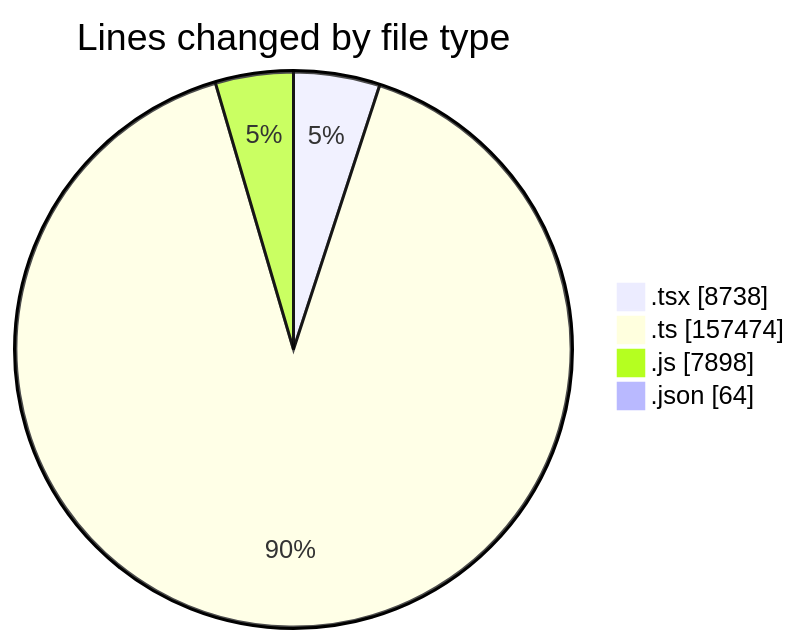
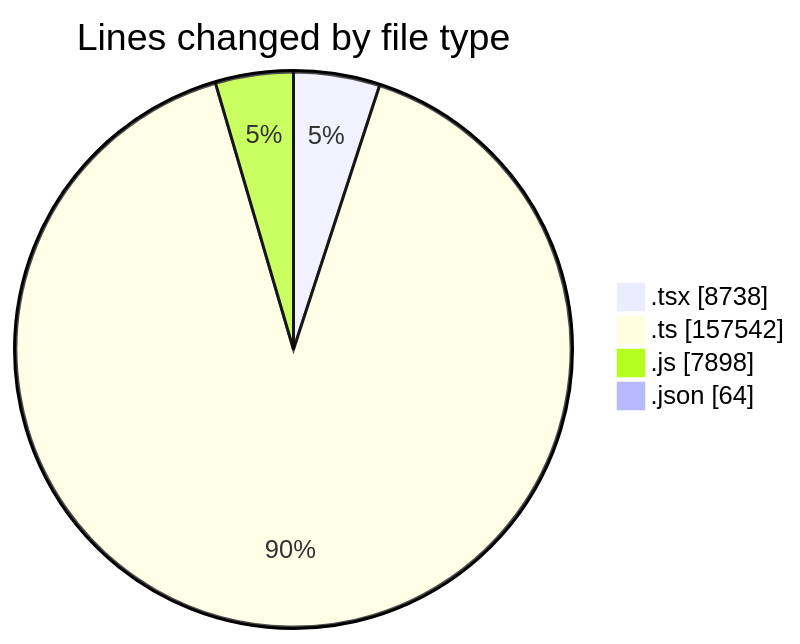
The first of 2 diagrams in 2026-07-30/cda/README.md (momahboobian/code-tracking), drawn with Mermaid before and after one commit. The commit also changed other lines of this file and 1 other file, not shown here.

````diff
--- a/2026-07-30/cda/README.md
+++ b/2026-07-30/cda/README.md
@@ -57,8 +57,8 @@
 ```mermaid
 pie showData
 title Lines changed by file type
 ".tsx" : 8738
-".ts" : 157474
+".ts" : 157542
 ".js" : 7898
 ".json" : 64
 ```
````
